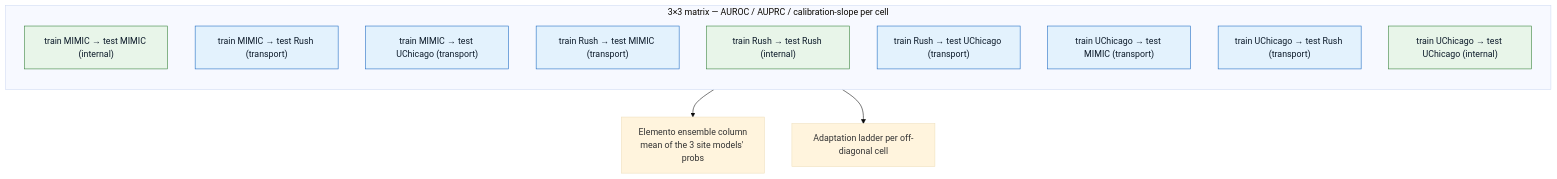
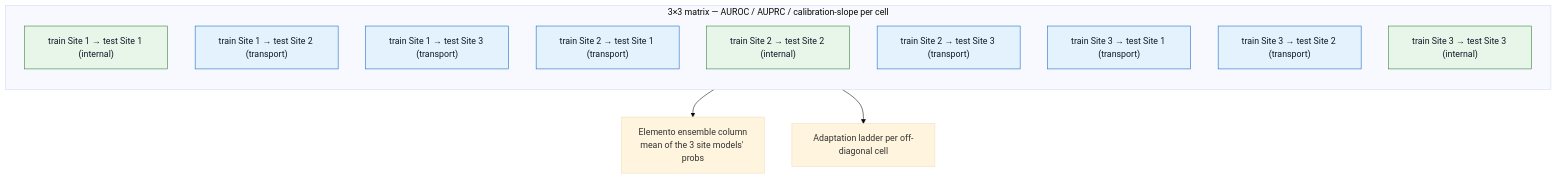
Before and after one commit to sajor2000/clifatron2.0: the third of 4 diagrams in website/docs/method3-wedge.md, drawn with Mermaid (base theme). The commit also changed other lines of this file and 7 other files, not shown here.

````diff
--- a/website/docs/method3-wedge.md
+++ b/website/docs/method3-wedge.md
@@ -82,22 +82,22 @@
 ```mermaid
 flowchart TB
     subgraph MAT["3×3 matrix — AUROC / AUPRC / calibration-slope per cell"]
         direction TB
-        R1["train MIMIC → test MIMIC (internal)"]
-        R2["train MIMIC → test Rush (transport)"]
-        R3["train MIMIC → test UChicago (transport)"]
-        R4["train Rush → test MIMIC (transport)"]
-        R5["train Rush → test Rush (internal)"]
-        R6["train Rush → test UChicago (transport)"]
-        R7["train UChicago → test MIMIC (transport)"]
-        R8["train UChicago → test Rush (transport)"]
-        R9["train UChicago → test UChicago (internal)"]
+        R1["train Site 1 → test Site 1 (internal)"]
+        R2["train Site 1 → test Site 2 (transport)"]
+        R3["train Site 1 → test Site 3 (transport)"]
+        R4["train Site 2 → test Site 1 (transport)"]
+        R5["train Site 2 → test Site 2 (internal)"]
+        R6["train Site 2 → test Site 3 (transport)"]
+        R7["train Site 3 → test Site 1 (transport)"]
+        R8["train Site 3 → test Site 2 (transport)"]
+        R9["train Site 3 → test Site 3 (internal)"]
     end
     MAT --> ENS["Elemento ensemble column<br/>mean of the 3 site models' probs"]
     MAT --> LADDER["Adaptation ladder per off-diagonal cell"]
 
     classDef diag fill:#e8f5e9,stroke:#2e7d32,color:#0d1b2a;
     classDef off fill:#e3f2fd,stroke:#1565c0,color:#0d1b2a;
     class R1,R5,R9 diag;
     class R2,R3,R4,R6,R7,R8 off;
 ```
````
